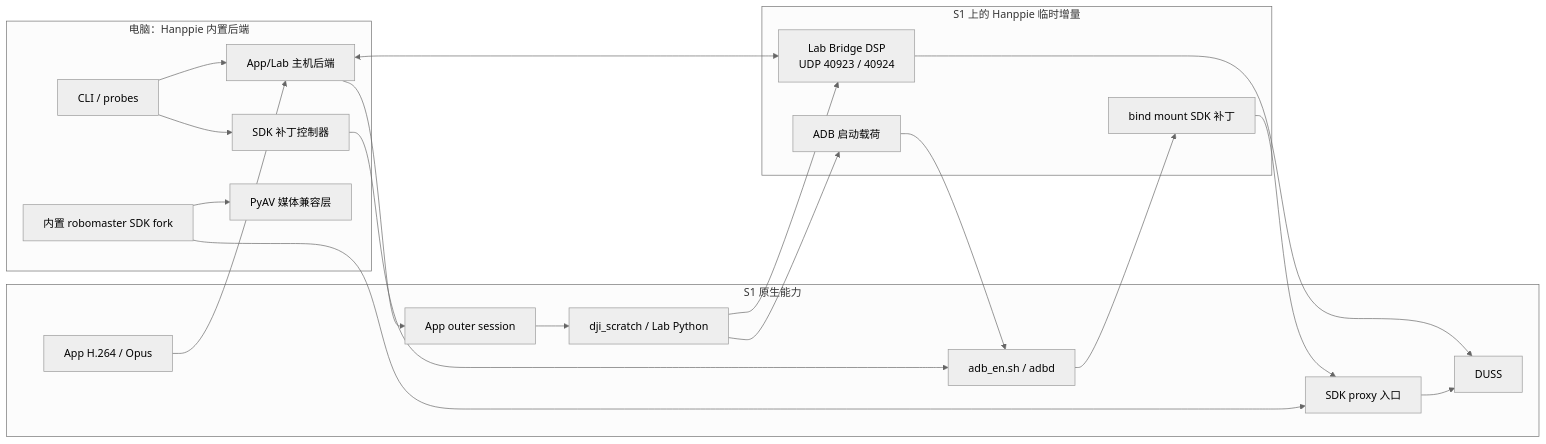
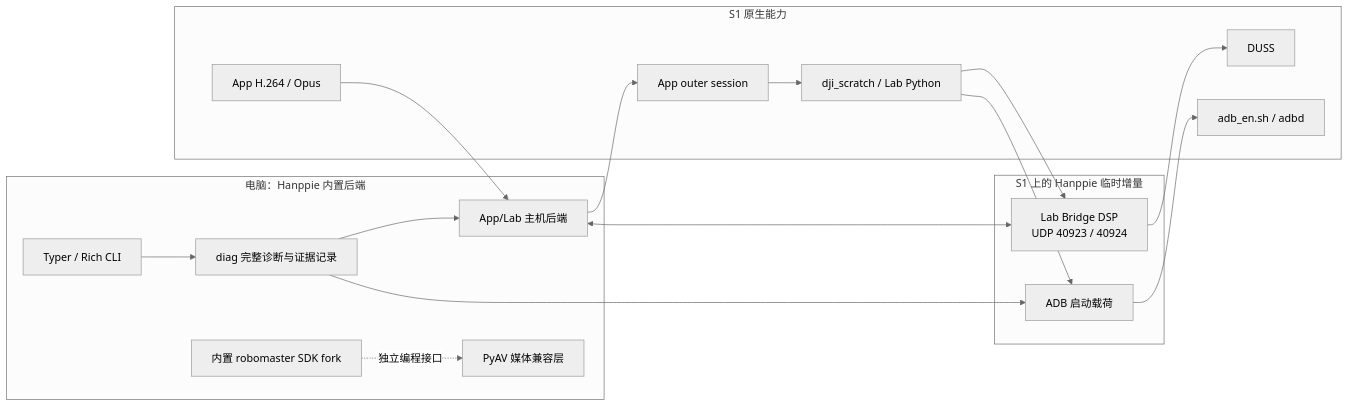
One commit to elonzh/hanppie changed the fifth of 8 diagrams in docs/architecture.md. Above: the diagram before and after it, drawn with Mermaid (neutral theme). The commit also changed other lines of this file and 37 other files, not shown here.

````diff
--- a/docs/architecture.md
+++ b/docs/architecture.md
@@ -438,35 +450,32 @@
 ```mermaid
 flowchart LR
     subgraph HOST["电脑：Hanppie 内置后端"]
-        CLI["CLI / probes"]
+        CLI["Typer / Rich CLI"]
+        DIAG["diag 完整诊断与证据记录"]
         LABHOST["App/Lab 主机后端"]
-        PATCHCTL["SDK 补丁控制器"]
         OFFICIAL["内置 robomaster SDK fork"]
         CODEC["PyAV 媒体兼容层"]
     end
 
     subgraph ADDITIONS["S1 上的 Hanppie 临时增量"]
         BRIDGE["Lab Bridge DSP<br/>UDP 40923 / 40924"]
         ADBPAYLOAD["ADB 启动载荷"]
-        SDKPATCH["bind mount SDK 补丁"]
     end
 
     subgraph STOCK["S1 原生能力"]
         APPSESSION["App outer session"]
         SCRATCH["dji_scratch / Lab Python"]
         ADB["adb_en.sh / adbd"]
-        SDKPROXY["SDK proxy 入口"]
         DUSS["DUSS"]
         MEDIA["App H.264 / Opus"]
     end
 
-    CLI --> LABHOST --> APPSESSION --> SCRATCH
+    CLI --> DIAG
+    DIAG --> LABHOST --> APPSESSION --> SCRATCH
     SCRATCH --> BRIDGE --> DUSS
     LABHOST <--> BRIDGE
     SCRATCH --> ADBPAYLOAD --> ADB
-    CLI --> PATCHCTL --> ADB
-    ADB --> SDKPATCH --> SDKPROXY
-    OFFICIAL --> SDKPROXY --> DUSS
+    DIAG --> ADBPAYLOAD
     MEDIA --> LABHOST
-    OFFICIAL --> CODEC
+    OFFICIAL -. 独立编程接口 .-> CODEC
 ```
````
